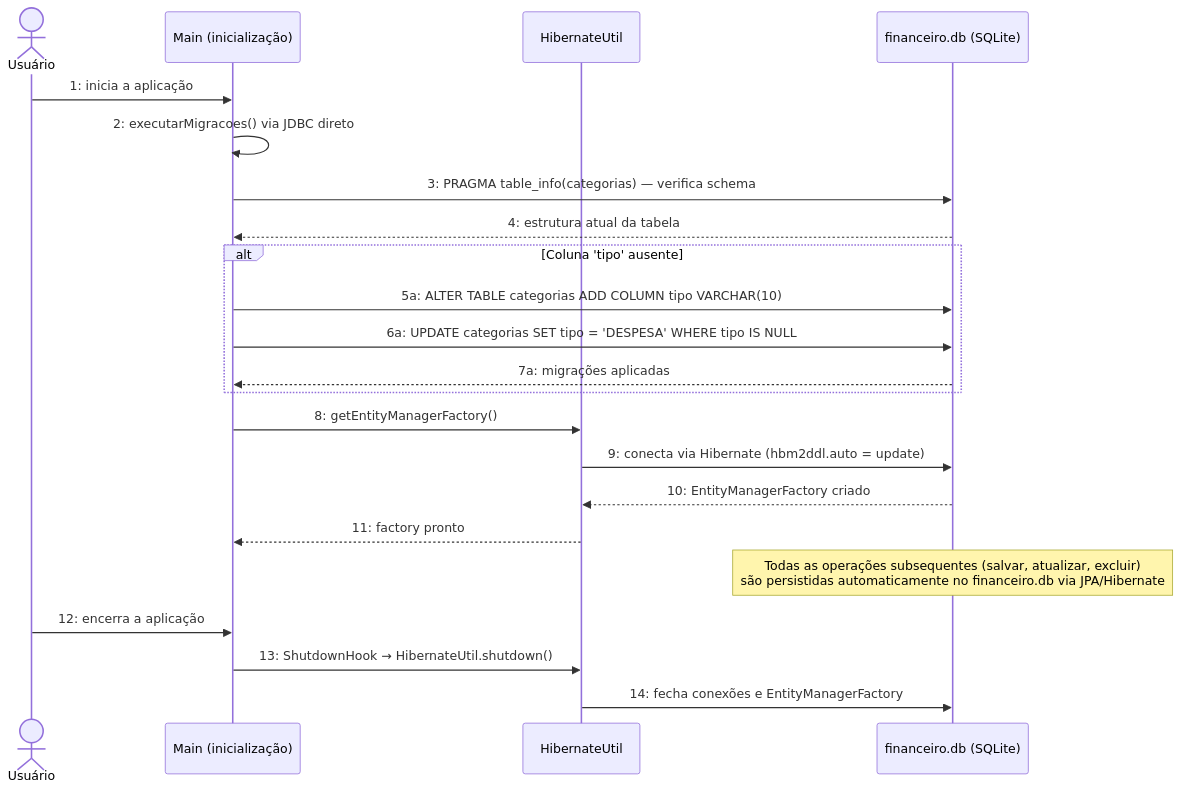
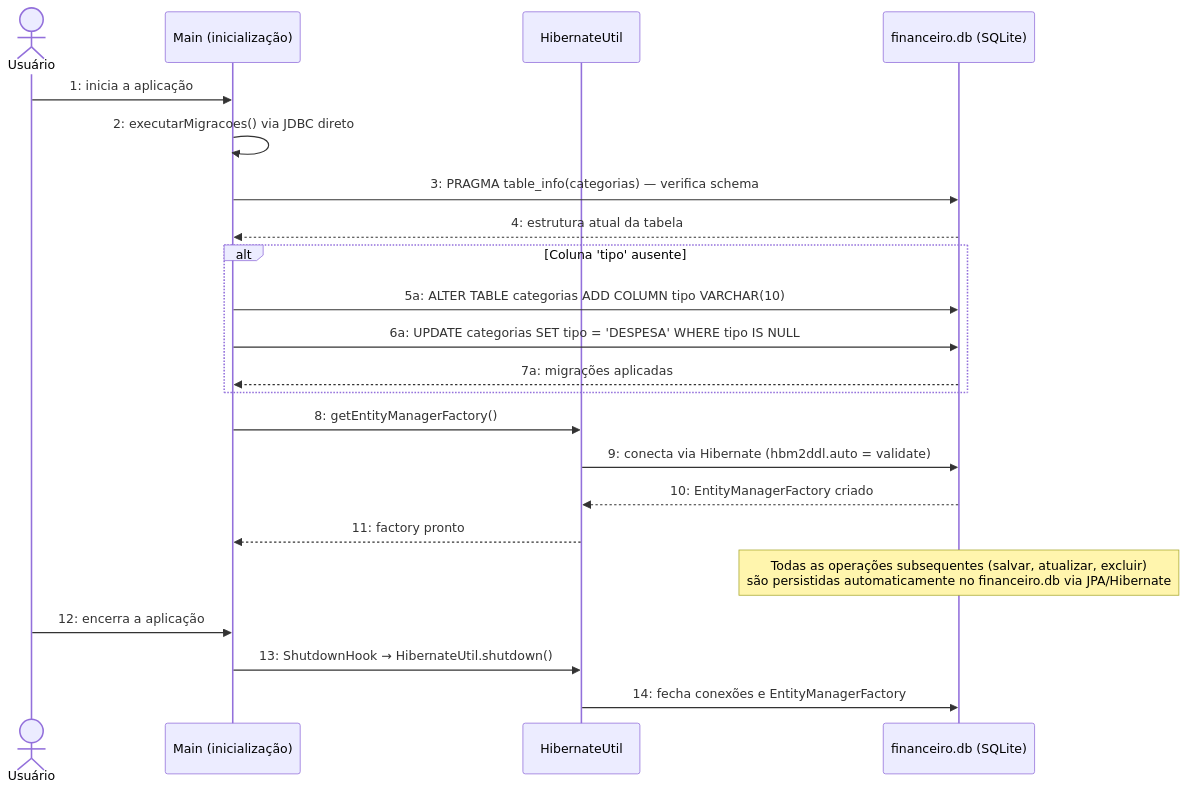
Before and after one commit to NEXA-project-br/NEXA: the seventh of 7 diagrams in relacionamento/ds.md, drawn with Mermaid. The commit also changed 4 other files, not shown here.

````diff
--- a/relacionamento/ds.md
+++ b/relacionamento/ds.md
@@ -194,27 +194,27 @@
 ```mermaid
 sequenceDiagram
   actor U as Usuário
   participant Main as Main (inicialização)
   participant HU as HibernateUtil
   participant DB as financeiro.db (SQLite)
 
   U->>Main: 1: inicia a aplicação
   Main->>Main: 2: executarMigracoes() via JDBC direto
   Main->>DB: 3: PRAGMA table_info(categorias) — verifica schema
   DB-->>Main: 4: estrutura atual da tabela
   alt Coluna 'tipo' ausente
     Main->>DB: 5a: ALTER TABLE categorias ADD COLUMN tipo VARCHAR(10)
     Main->>DB: 6a: UPDATE categorias SET tipo = 'DESPESA' WHERE tipo IS NULL
     DB-->>Main: 7a: migrações aplicadas
   end
   Main->>HU: 8: getEntityManagerFactory()
-  HU->>DB: 9: conecta via Hibernate (hbm2ddl.auto = update)
+  HU->>DB: 9: conecta via Hibernate (hbm2ddl.auto = validate)
   DB-->>HU: 10: EntityManagerFactory criado
   HU-->>Main: 11: factory pronto
 
   Note over DB: Todas as operações subsequentes (salvar, atualizar, excluir)<br/>são persistidas automaticamente no financeiro.db via JPA/Hibernate
 
   U->>Main: 12: encerra a aplicação
   Main->>HU: 13: ShutdownHook → HibernateUtil.shutdown()
   HU->>DB: 14: fecha conexões e EntityManagerFactory
 ```
````
